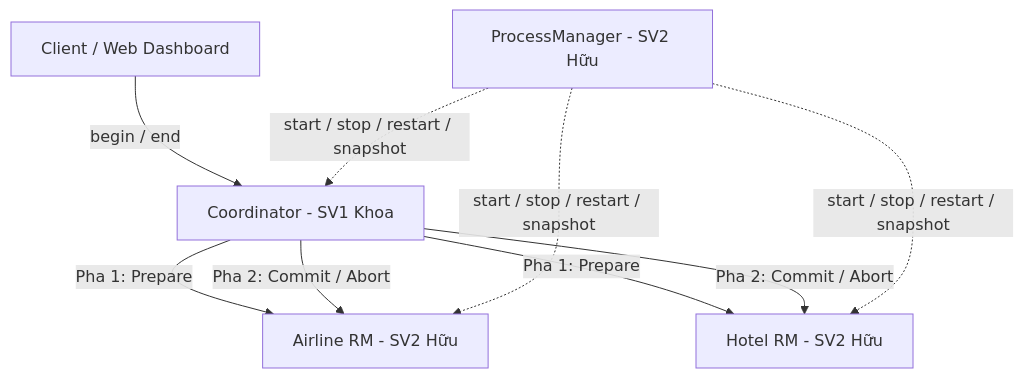
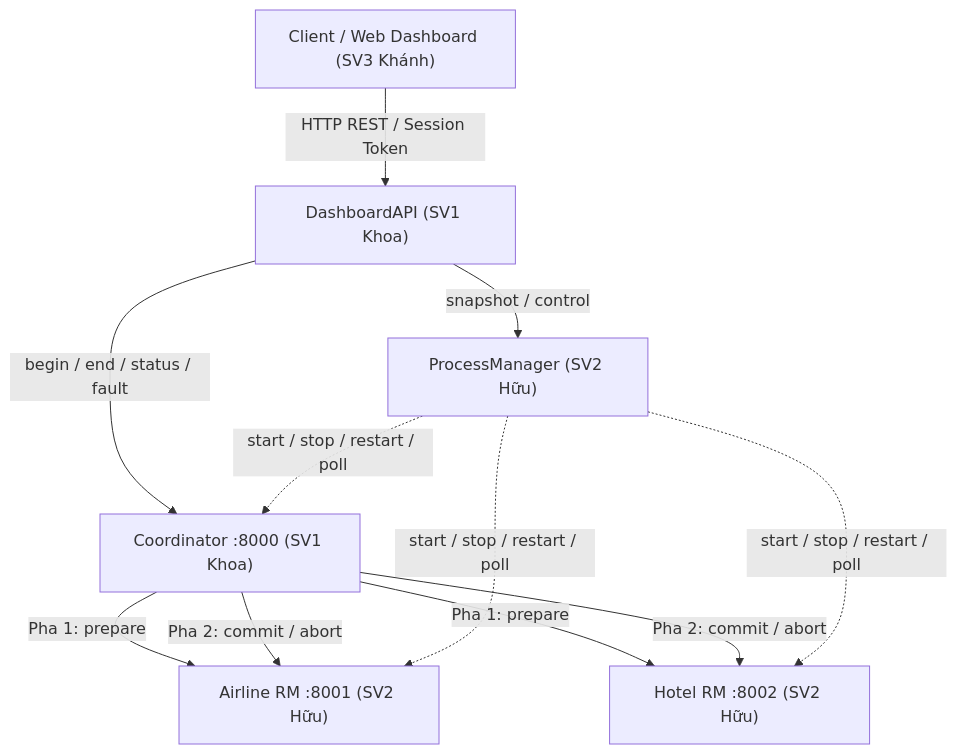
Before and after one commit to KhoaTryHard/travel-reservation-2pc: the diagram in docs/SV2_GUIDE.md, drawn with Mermaid. The commit also changed other lines of this file and 1 other file, not shown here.

Commit message:
test(lifecycle): add manager recovery/HTTP boundary tests and fix SV2_GUIDE links (#13, #14, #15, #16, #17, #18)

````diff
--- a/docs/SV2_GUIDE.md
+++ b/docs/SV2_GUIDE.md
@@ -49,12 +39,14 @@
 ```mermaid
 flowchart TD
-    Client[Client / Web Dashboard] -->|begin / end| Coord[Coordinator - SV1 Khoa]
-    Coord -->|Pha 1: Prepare| Airline[Airline RM - SV2 Hữu]
-    Coord -->|Pha 1: Prepare| Hotel[Hotel RM - SV2 Hữu]
-    Coord -->|Pha 2: Commit / Abort| Airline
-    Coord -->|Pha 2: Commit / Abort| Hotel
+    Client["Client / Web Dashboard (SV3 Khánh)"] -->|HTTP REST / Session Token| API["DashboardAPI (SV1 Khoa)"]
+    API -->|begin / end / status / fault| Coord["Coordinator :8000 (SV1 Khoa)"]
+    Coord -->|Pha 1: prepare| Airline["Airline RM :8001 (SV2 Hữu)"]
+    Coord -->|Pha 1: prepare| Hotel["Hotel RM :8002 (SV2 Hữu)"]
+    Coord -->|Pha 2: commit / abort| Airline
+    Coord -->|Pha 2: commit / abort| Hotel
     
-    PM[ProcessManager - SV2 Hữu] -.->|start / stop / restart / snapshot| Coord
-    PM -.->|start / stop / restart / snapshot| Airline
-    PM -.->|start / stop / restart / snapshot| Hotel
+    API -->|snapshot / control| PM["ProcessManager (SV2 Hữu)"]
+    PM -.->|start / stop / restart / poll| Coord
+    PM -.->|start / stop / restart / poll| Airline
+    PM -.->|start / stop / restart / poll| Hotel
 ```
````
